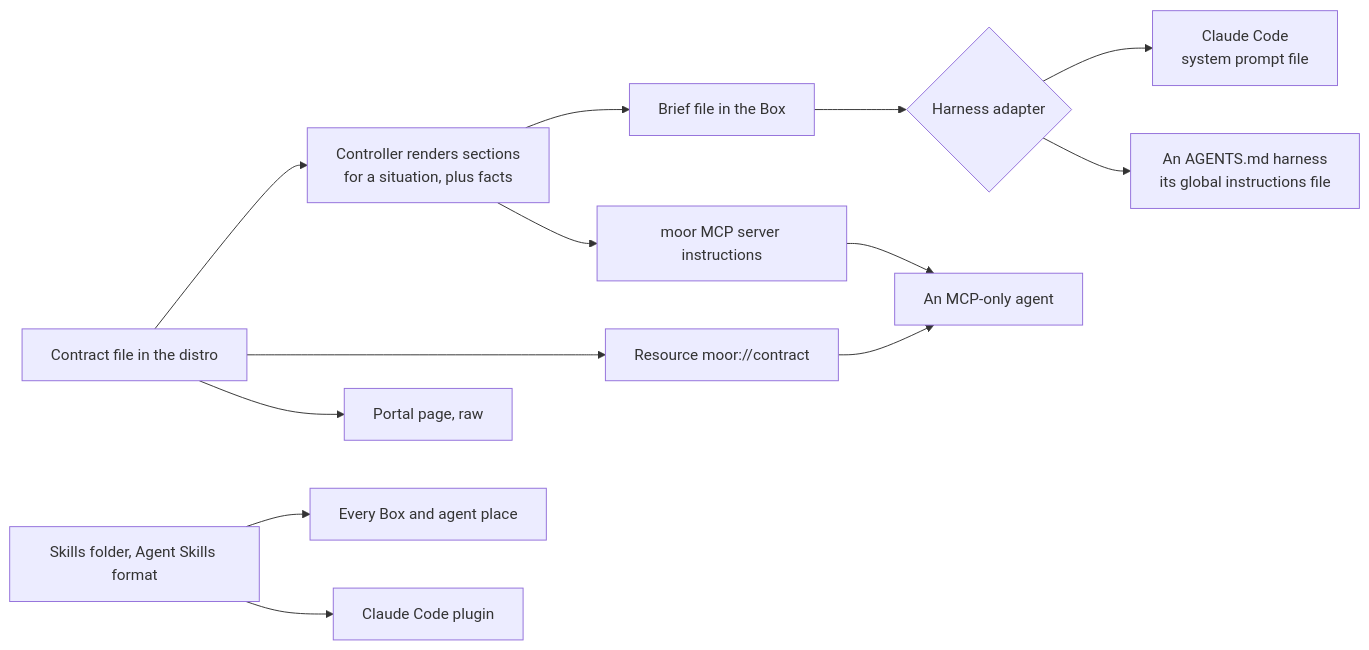
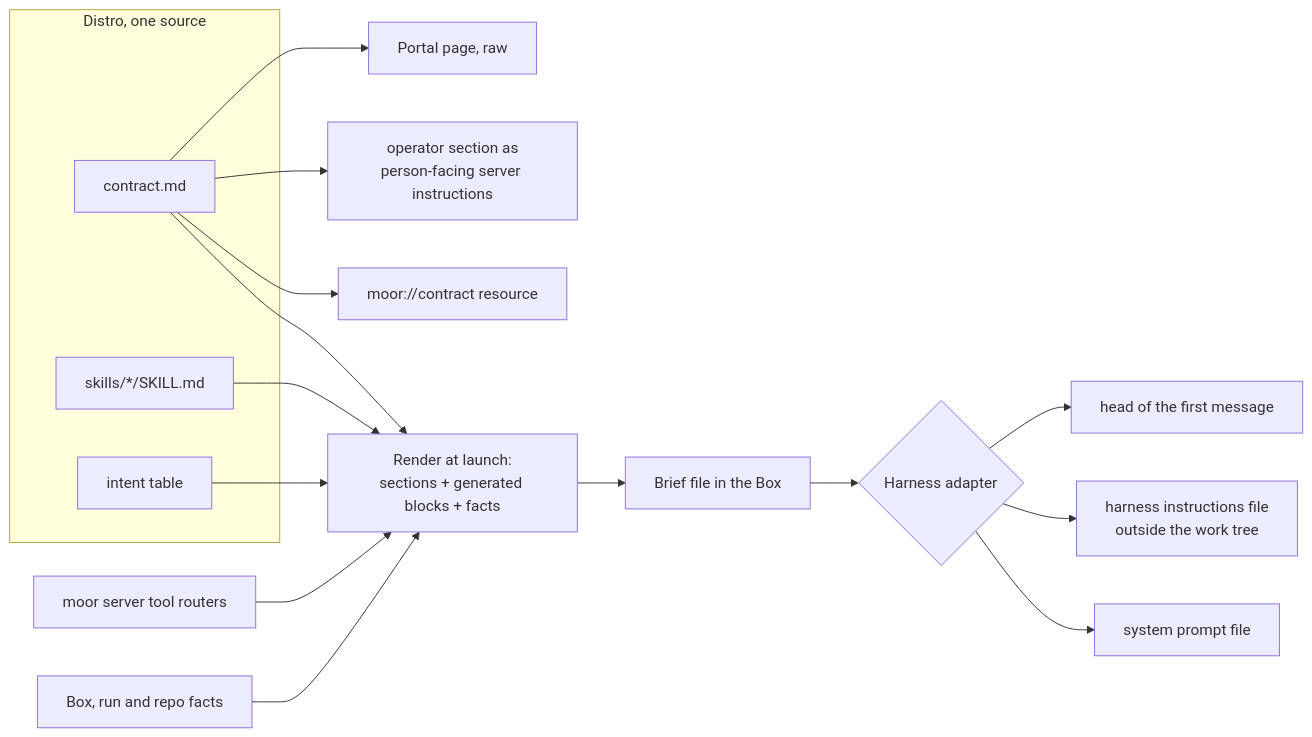
The first of 2 diagrams in docs/specs/agent-contract.md (IniZio/moor), drawn with Mermaid before and after one commit. The commit also changed other lines of this file and 1 other file, not shown here.

Commit message:
docs(specs): derive the agent contract from agent situations

````diff
--- a/docs/specs/agent-contract.md
+++ b/docs/specs/agent-contract.md
@@ -294,15 +246,21 @@
 ```mermaid
 flowchart LR
-  F["Contract file in the distro"] --> RD["Controller renders sections<br/>for a situation, plus facts"]
-  RD --> BF["Brief file in the Box"]
-  RD --> MI["moor MCP server instructions"]
-  F --> RES["Resource moor://contract"]
-  F --> PG["Portal page, raw"]
-  BF --> AD{"Harness adapter"}
-  AD --> CC["Claude Code<br/>system prompt file"]
-  AD --> AM["An AGENTS.md harness<br/>its global instructions file"]
-  MI --> NF["An MCP-only agent"]
-  RES --> NF
-  SK["Skills folder, Agent Skills format"] --> BX["Every Box and agent place"]
-  SK --> PL["Claude Code plugin"]
+  subgraph Distro["Distro, one source"]
+    C["contract.md"]
+    S["skills/*/SKILL.md"]
+    I["intent table"]
+  end
+  T["moor server tool routers"] --> R
+  C --> R["Render at launch:<br/>sections + generated blocks + facts"]
+  S --> R
+  I --> R
+  F["Box, run and repo facts"] --> R
+  R --> B["Brief file in the Box"]
+  B --> AD{"Harness adapter"}
+  AD --> H1["system prompt file"]
+  AD --> H2["harness instructions file<br/>outside the work tree"]
+  AD --> H3["head of the first message"]
+  C --> MR["moor://contract resource"]
+  C --> OP["operator section as<br/>person-facing server instructions"]
+  C --> PG["Portal page, raw"]
 ```
````
